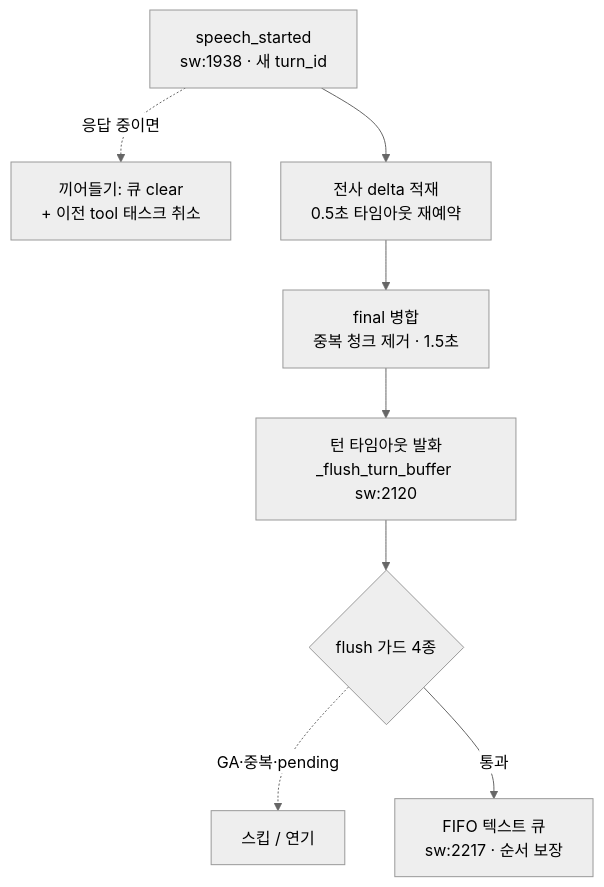
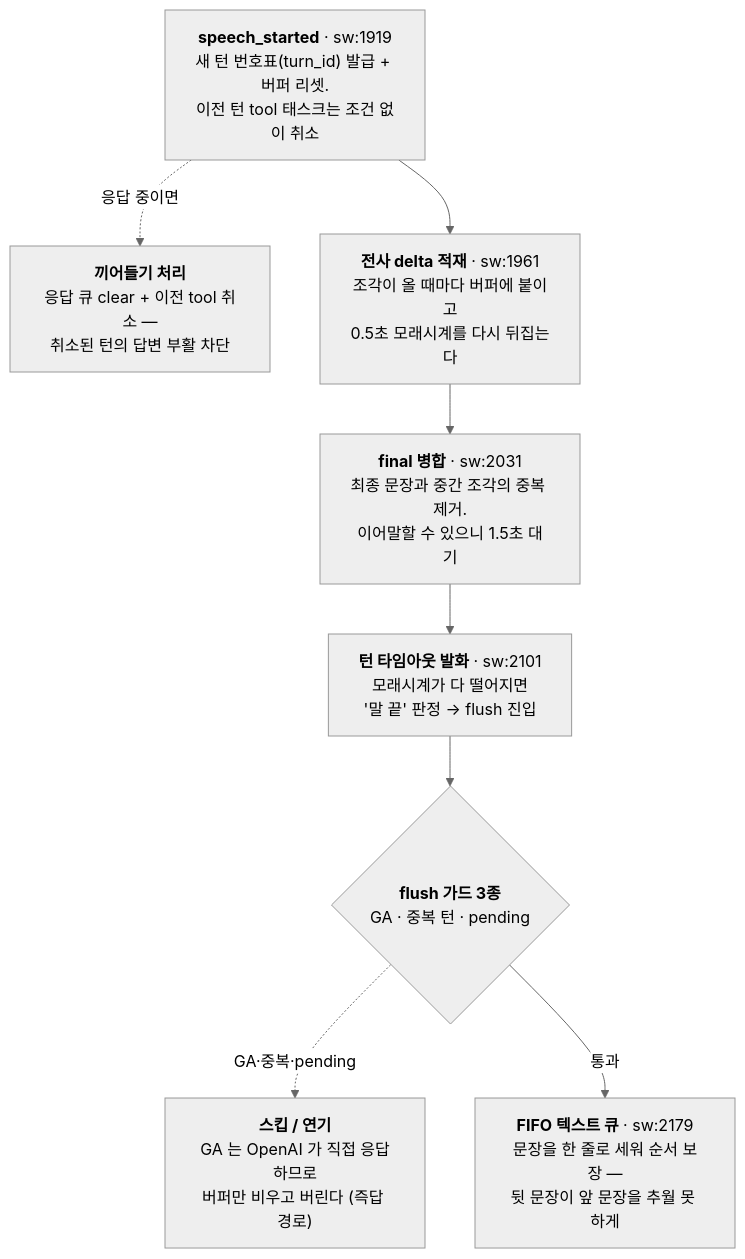
The fourth of 7 diagrams in 아사달/프로젝트/AI음성/AI음성 - 런타임 플로우.md (yeotaeho/asadal_obsidian), drawn with Mermaid (neutral theme) before and after one commit. The commit also changed other lines of this file and 21 other files, not shown here.

````diff
--- a/아사달/프로젝트/AI음성/AI음성 - 런타임 플로우.md
+++ b/아사달/프로젝트/AI음성/AI음성 - 런타임 플로우.md
@@ -119,10 +216,10 @@
 ```mermaid
 flowchart TD
-    T1["speech_started<br/>sw:1938 · 새 turn_id"] -.->|"응답 중이면"| I1["끼어들기: 큐 clear<br/>+ 이전 tool 태스크 취소"]
-    T1 --> T2["전사 delta 적재<br/>0.5초 타임아웃 재예약"]
-    T2 --> T3["final 병합<br/>중복 청크 제거 · 1.5초"]
-    T3 --> T4["턴 타임아웃 발화<br/>_flush_turn_buffer sw:2120"]
-    T4 --> T5{"flush 가드 4종"}
-    T5 -.->|"GA·중복·pending"| S1["스킵 / 연기"]
-    T5 -->|"통과"| T6["FIFO 텍스트 큐<br/>sw:2217 · 순서 보장"]
+    T1["<b>speech_started</b> · sw:1919<br/>새 턴 번호표(turn_id) 발급 + 버퍼 리셋.<br/>이전 턴 tool 태스크는 조건 없이 취소"] -.->|"응답 중이면"| I1["<b>끼어들기 처리</b><br/>응답 큐 clear + 이전 tool 취소 —<br/>취소된 턴의 답변 부활 차단"]
+    T1 --> T2["<b>전사 delta 적재</b> · sw:1961<br/>조각이 올 때마다 버퍼에 붙이고<br/>0.5초 모래시계를 다시 뒤집는다"]
+    T2 --> T3["<b>final 병합</b> · sw:2031<br/>최종 문장과 중간 조각의 중복 제거.<br/>이어말할 수 있으니 1.5초 대기"]
+    T3 --> T4["<b>턴 타임아웃 발화</b> · sw:2101<br/>모래시계가 다 떨어지면<br/>'말 끝' 판정 → flush 진입"]
+    T4 --> T5{"<b>flush 가드 3종</b><br/>GA · 중복 턴 · pending"}
+    T5 -.->|"GA·중복·pending"| S1["<b>스킵 / 연기</b><br/>GA 는 OpenAI 가 직접 응답하므로<br/>버퍼만 비우고 버린다 (즉답 경로)"]
+    T5 -->|"통과"| T6["<b>FIFO 텍스트 큐</b> · sw:2179<br/>문장을 한 줄로 세워 순서 보장 —<br/>뒷 문장이 앞 문장을 추월 못 하게"]
 ```
````
